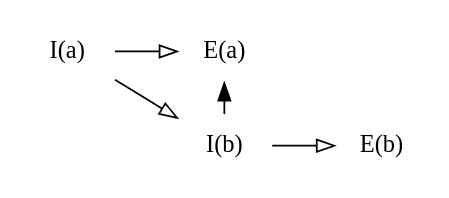
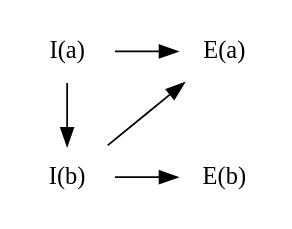
The second of 6 diagrams in src/refining-rust-type-system.md (zetanumbers/book), drawn with Graphviz before and after one commit. The commit also changed other lines of this file and 2 other files, not shown here.

````diff
--- a/src/refining-rust-type-system.md
+++ b/src/refining-rust-type-system.md
@@ -64,17 +71,14 @@
 ```dot process
 digraph G {
   rankdir="LR";
   node [shape="none",fontname="MathJax_Math"];
-  edge [arrowhead=empty]
   ia [label="I(a)"];
   ea [label="E(a)"];
-  _1 [style=invis];
   ib [label="I(b)"];
   eb [label="E(b)"];
   ia -> ea;
-  ia -> ib [constraint=false];
-  _1 -> ib [style=invis];
+  ia -> ib [constraint=false,minlen=2];
   ib -> eb;
-  ib -> ea [constraint=false,arrowhead=normal];
+  ib -> ea [constraint=false];
 }
 ```
````
